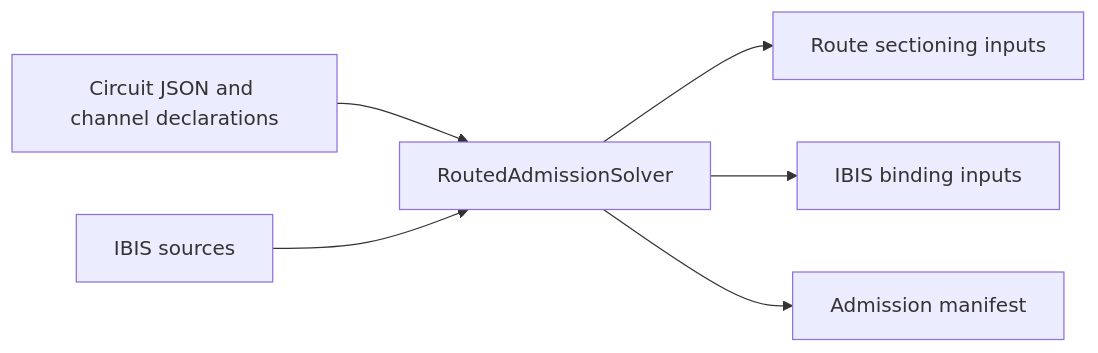
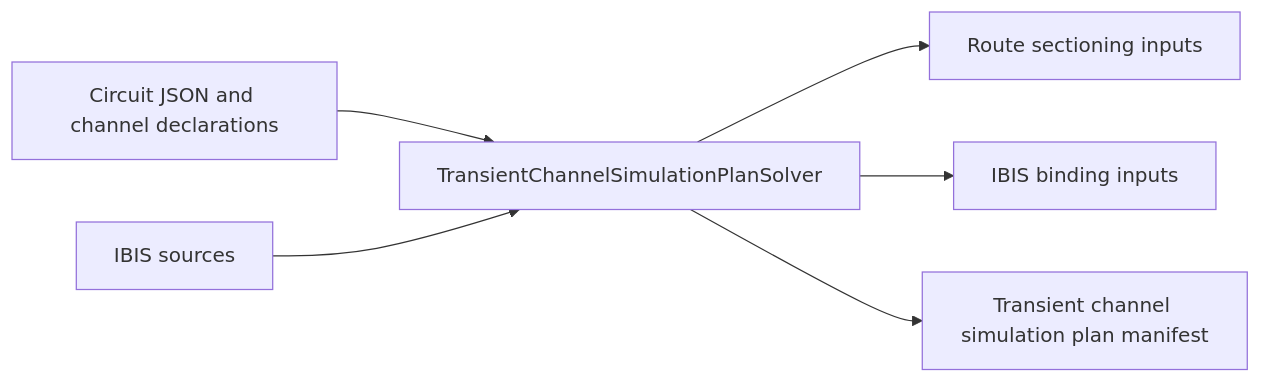
The first of 2 diagrams in README.md (draarivpatel-ui/signal-integrity-pipeline), drawn with Mermaid before and after one commit. The commit also changed other lines of this file and 215 other files, not shown here.

Commit message:
Rename the transient channel simulation plan solver

````diff
--- a/README.md
+++ b/README.md
@@ -27,8 +27,8 @@
 ```mermaid
 flowchart LR
-  board["Circuit JSON and channel declarations"] --> admit["RoutedAdmissionSolver"]
-  ibis["IBIS sources"] --> admit
-  admit --> sections["Route sectioning inputs"]
-  admit --> binding["IBIS binding inputs"]
-  admit --> manifest["Admission manifest"]
+  board["Circuit JSON and channel declarations"] --> plan["TransientChannelSimulationPlanSolver"]
+  ibis["IBIS sources"] --> plan
+  plan --> sections["Route sectioning inputs"]
+  plan --> binding["IBIS binding inputs"]
+  plan --> manifest["Transient channel simulation plan manifest"]
 ```
````
